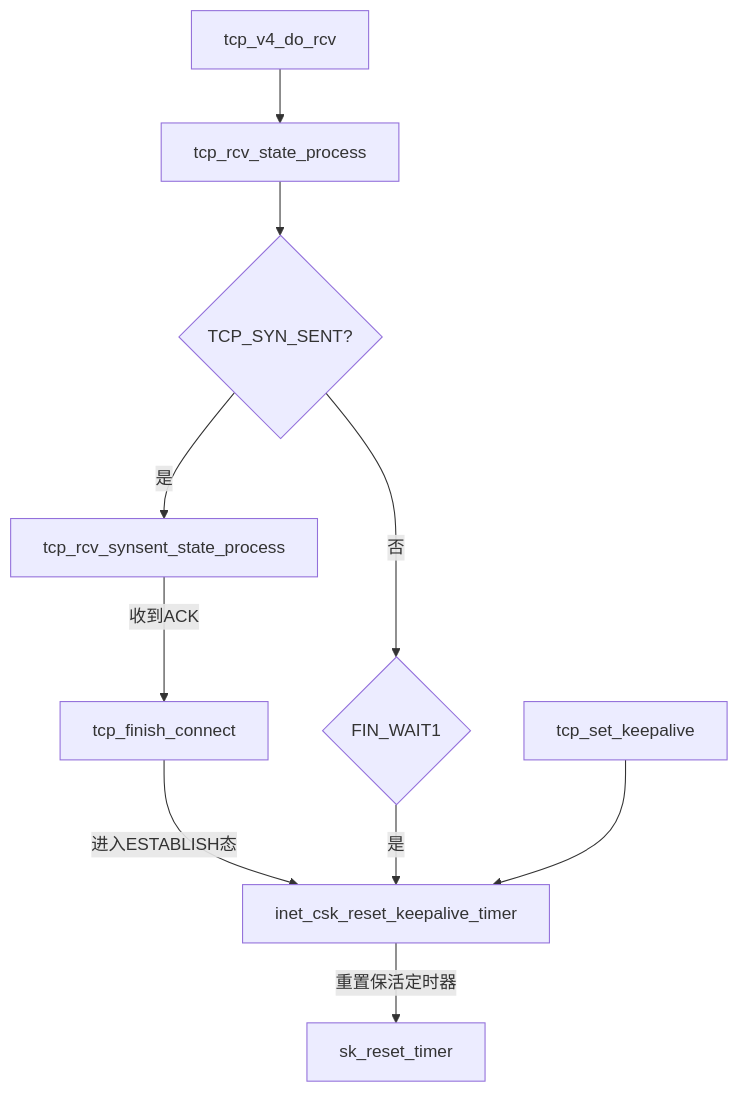
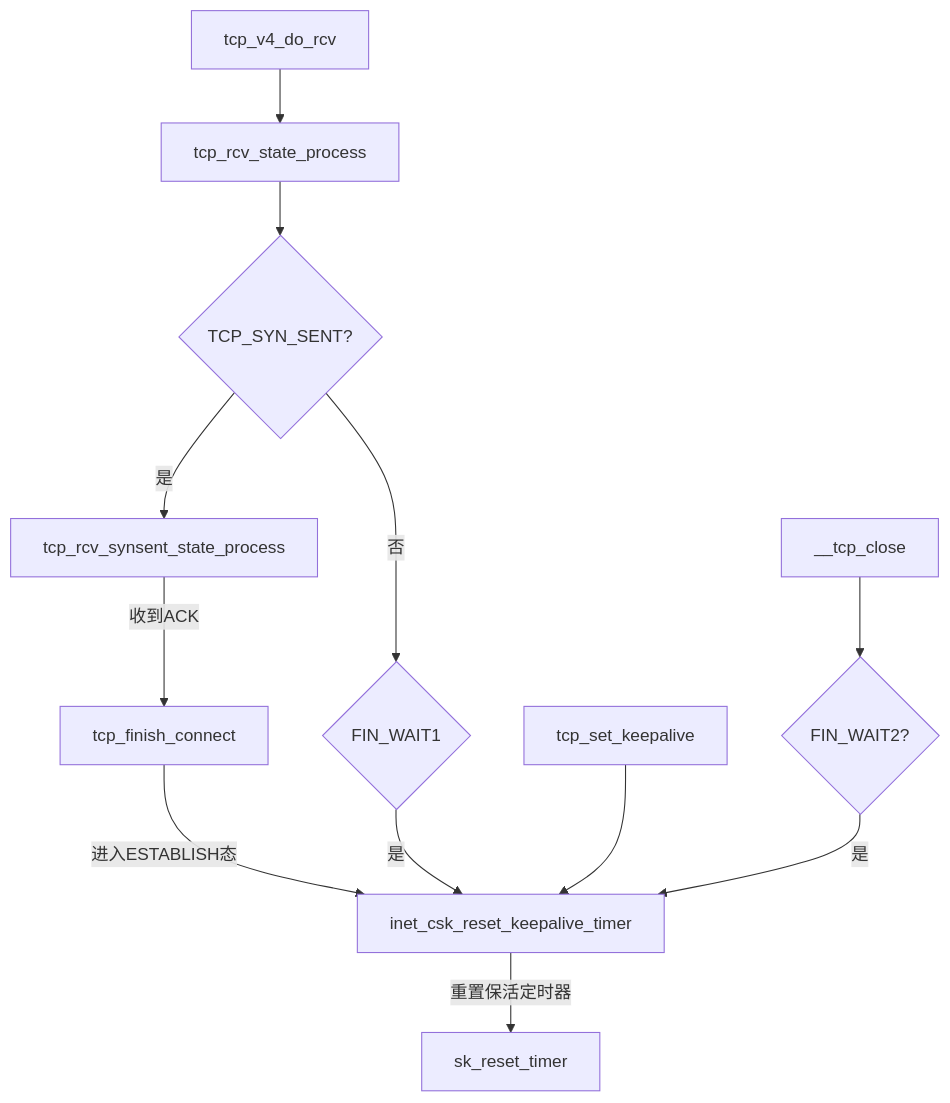
Before and after one commit to akai100/job_seek: the first of 3 diagrams in 操作系统/Linux/TCP-保活.md, drawn with Mermaid.

````diff
--- a/操作系统/Linux/TCP-保活.md
+++ b/操作系统/Linux/TCP-保活.md
@@ -5,21 +5,25 @@
 ```mermaid
 graph TD
     A[tcp_v4_do_rcv]
     B[tcp_rcv_state_process]
     C{TCP_SYN_SENT?}
     D[tcp_rcv_synsent_state_process]
     E[tcp_finish_connect]
     F[inet_csk_reset_keepalive_timer]
     G[sk_reset_timer]
     H{FIN_WAIT1}
     I[tcp_set_keepalive]
+    J[__tcp_close]
+    K{FIN_WAIT2?}
     A --> B
     B --> C
     C -->|是| D
     D -->|收到ACK| E
     E -->|进入ESTABLISH态| F
     F -->|重置保活定时器| G
     C -->|否| H
     H -->|是| F
     I --> F
+    J --> K
+    K -->|是| F
 ```
````
